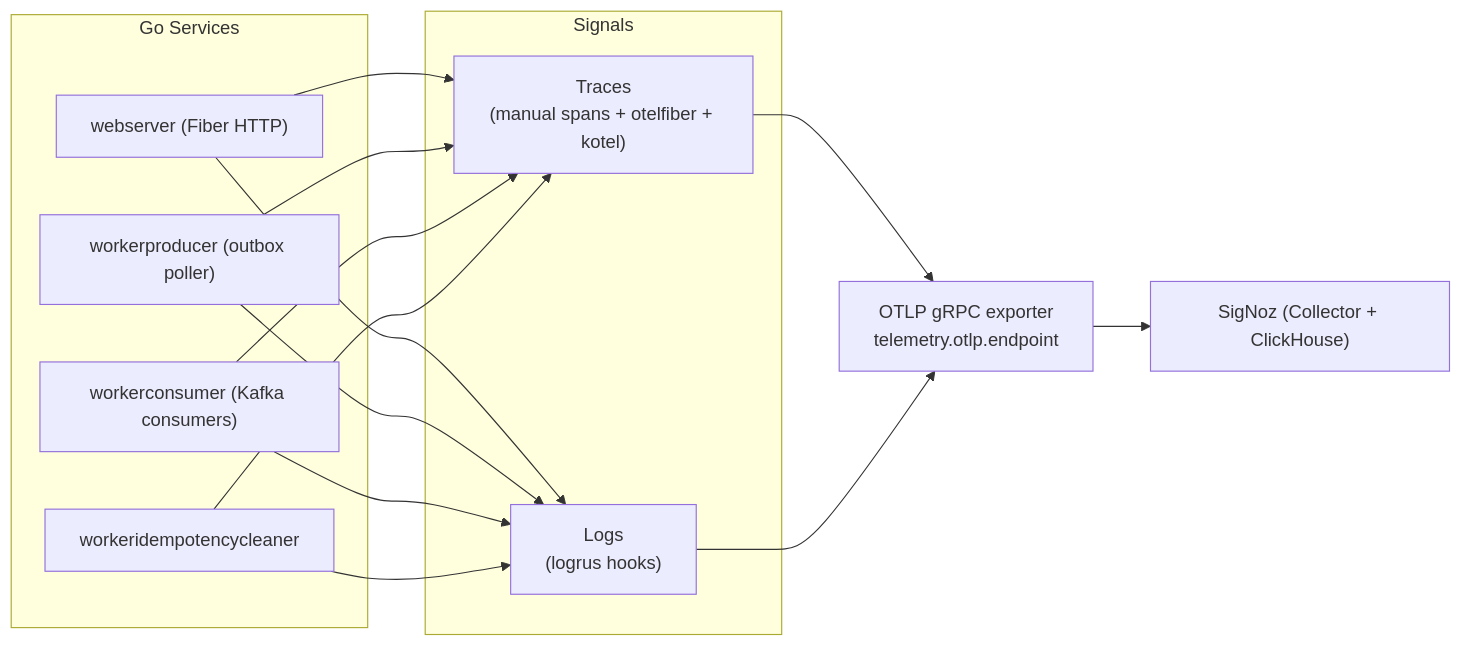
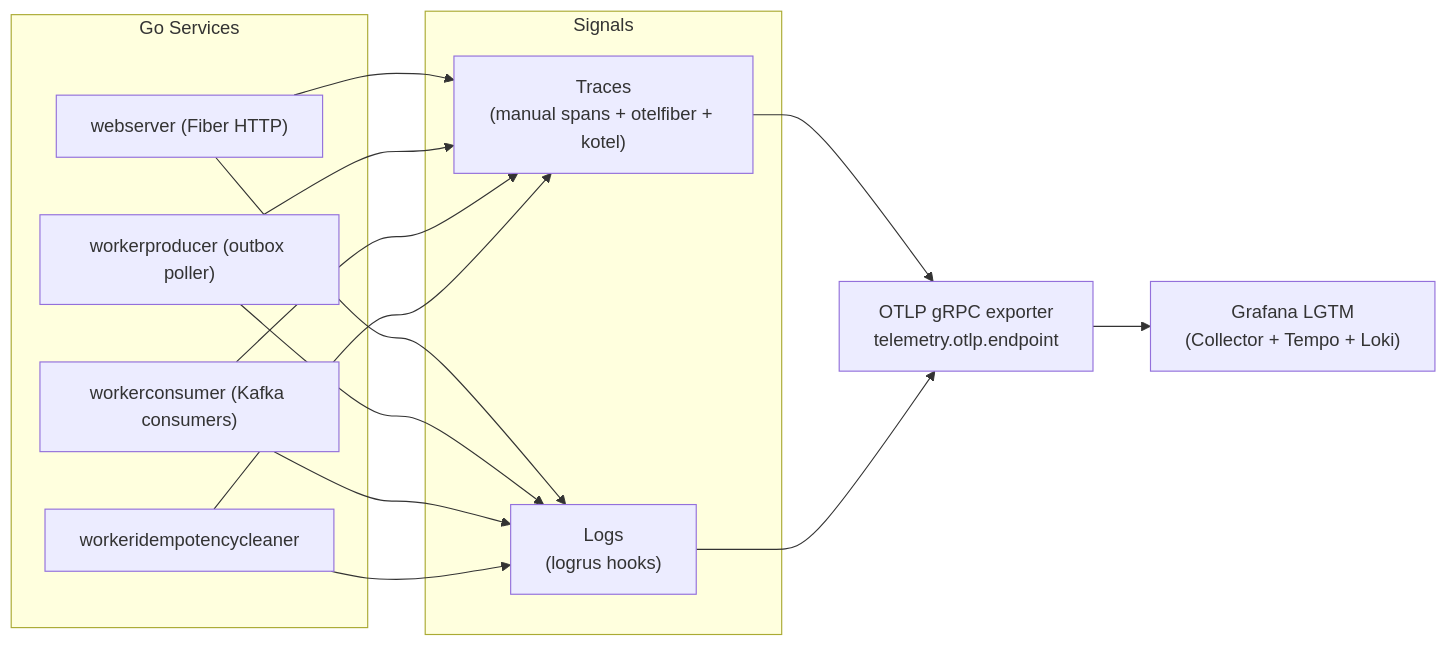
The first of 8 diagrams in .opencode/skills/otel-architecture/SKILL.md (Hidayathamir/golang-clean-architecture), drawn with Mermaid before and after one commit. The commit also changed other lines of this file and 13 other files, not shown here.

First line of the commit message:
refactor(observability): migrate from SigNoz to Grafana LGTM

````diff
--- a/.opencode/skills/otel-architecture/SKILL.md
+++ b/.opencode/skills/otel-architecture/SKILL.md
@@ -29,30 +29,30 @@
 ```mermaid
 flowchart LR
     subgraph App[Go Services]
         Web["webserver (Fiber HTTP)"]
         Producer["workerproducer (outbox poller)"]
         Consumer["workerconsumer (Kafka consumers)"]
         Cleaner["workeridempotencycleaner"]
     end
 
     subgraph Signals
         Traces["Traces<br/>(manual spans + otelfiber + kotel)"]
         Logs["Logs<br/>(logrus hooks)"]
     end
 
     OTLP["OTLP gRPC exporter<br/>telemetry.otlp.endpoint"]
-    SigNoz["SigNoz (Collector + ClickHouse)"]
+    LGTM["Grafana LGTM<br/>(Collector + Tempo + Loki)"]
 
     Web --> Traces
     Producer --> Traces
     Consumer --> Traces
     Cleaner --> Traces
     Web --> Logs
     Producer --> Logs
     Consumer --> Logs
     Cleaner --> Logs
 
     Traces --> OTLP
     Logs --> OTLP
-    OTLP --> SigNoz
+    OTLP --> LGTM
 ```
````
